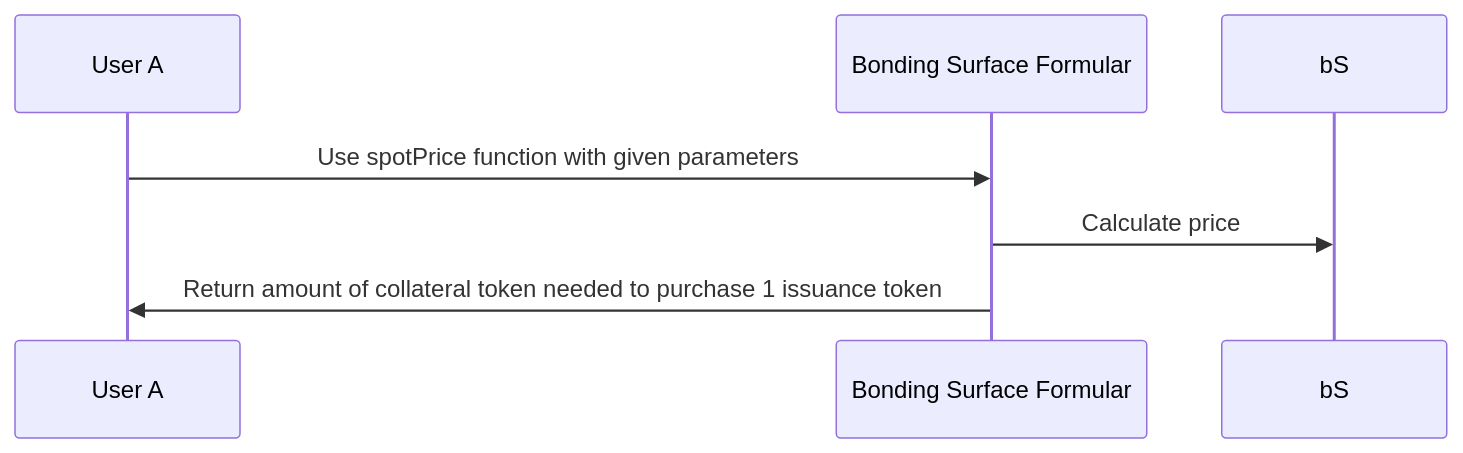
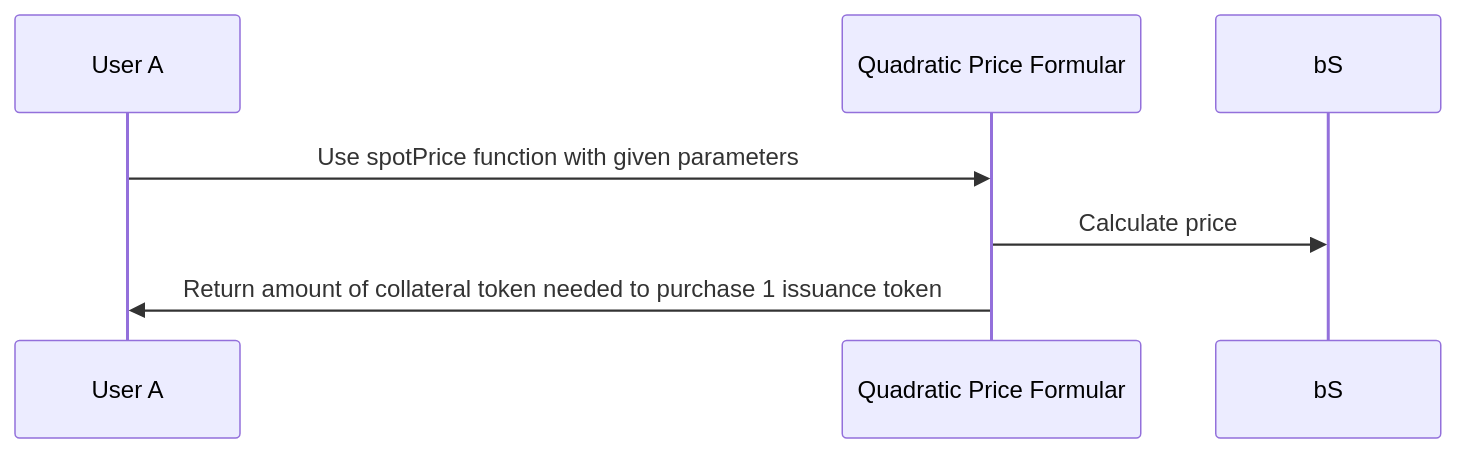
The second of 4 diagrams in docs/modules/fundingManager/bondingCurve/formulas/BondingSurface.md (InverterNetwork/contracts), drawn with Mermaid before and after one commit. The commit also changed other lines of this file and 23 other files, not shown here.

Commit message:
Rename BondingSurface

````diff
--- a/docs/modules/fundingManager/bondingCurve/formulas/BondingSurface.md
+++ b/docs/modules/fundingManager/bondingCurve/formulas/BondingSurface.md
@@ -70,9 +70,9 @@
 ```mermaid
 sequenceDiagram
     participant uA as User A
-    participant bSF as Bonding Surface Formular
+    participant bSF as Quadratic Price Formular
 
     uA->>bSF: Use spotPrice function with given parameters
     bSF->>bS: Calculate price
     bSF->>uA: Return amount of collateral token needed to purchase 1 issuance token
 ```
````
